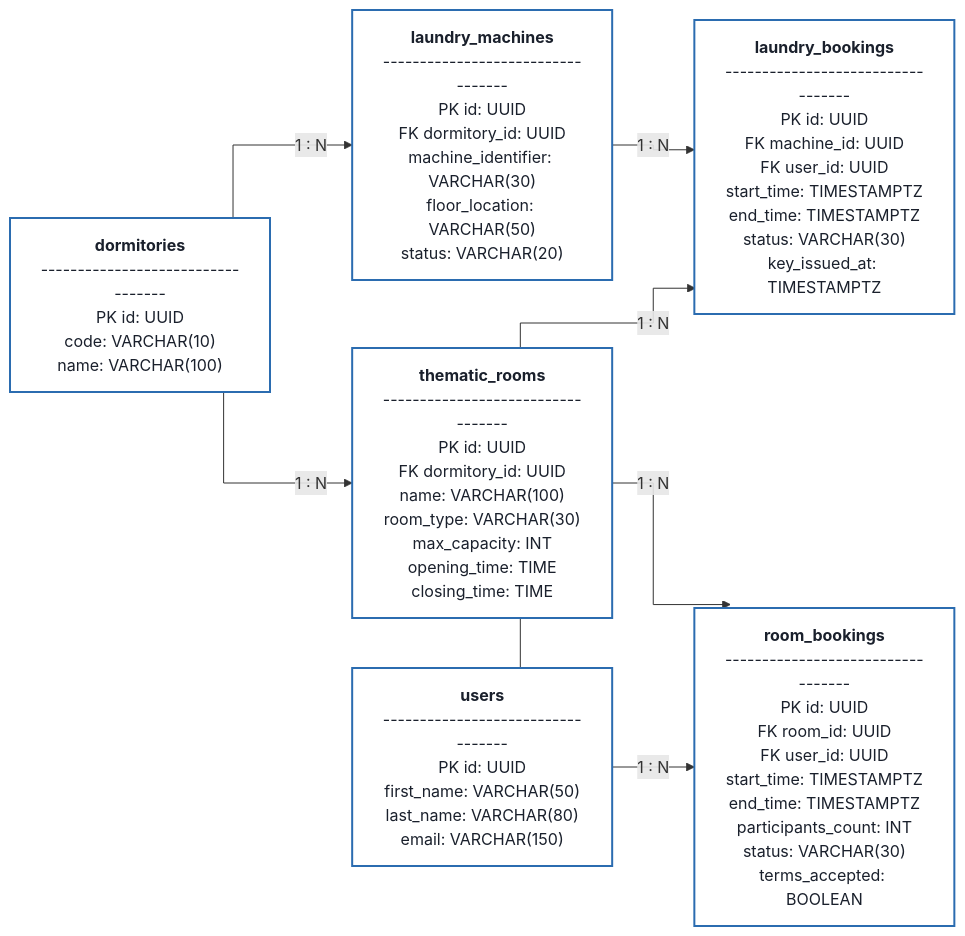
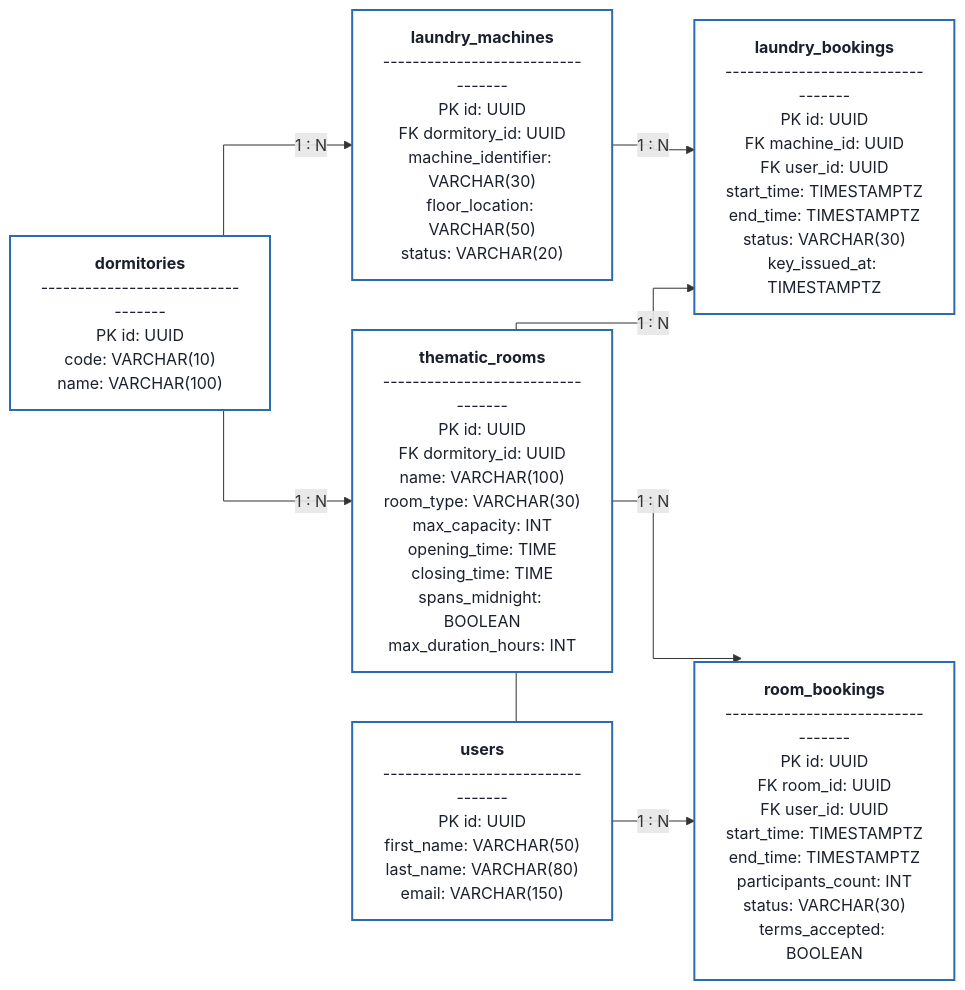
The second of 5 diagrams in Docs/Model_Bazy_Danych_ERD.md (Buczy8/PKampus), drawn with Mermaid before and after one commit. The commit also changed other lines of this file and 1 other file, not shown here.

Commit message:
docs: update ERD and requirements for thematic rooms, adding spans_midnight and max_duration_hours constraints

````diff
--- a/Docs/Model_Bazy_Danych_ERD.md
+++ b/Docs/Model_Bazy_Danych_ERD.md
@@ -56,25 +56,25 @@
 ```mermaid
 %%{init: {'flowchart': {'curve': 'stepBefore'}}}%%
 flowchart LR
     classDef tableStyle fill:#ffffff,stroke:#2b6cb0,stroke-width:2px,color:#1a202c;
 
     DORMITORIES["<b>dormitories</b><br/>----------------------------------<br/>PK id: UUID<br/>code: VARCHAR(10)<br/>name: VARCHAR(100)"]:::tableStyle
 
     LAUNDRY_MACHINES["<b>laundry_machines</b><br/>----------------------------------<br/>PK id: UUID<br/>FK dormitory_id: UUID<br/>machine_identifier: VARCHAR(30)<br/>floor_location: VARCHAR(50)<br/>status: VARCHAR(20)"]:::tableStyle
 
     LAUNDRY_BOOKINGS["<b>laundry_bookings</b><br/>----------------------------------<br/>PK id: UUID<br/>FK machine_id: UUID<br/>FK user_id: UUID<br/>start_time: TIMESTAMPTZ<br/>end_time: TIMESTAMPTZ<br/>status: VARCHAR(30)<br/>key_issued_at: TIMESTAMPTZ"]:::tableStyle
 
-    THEMATIC_ROOMS["<b>thematic_rooms</b><br/>----------------------------------<br/>PK id: UUID<br/>FK dormitory_id: UUID<br/>name: VARCHAR(100)<br/>room_type: VARCHAR(30)<br/>max_capacity: INT<br/>opening_time: TIME<br/>closing_time: TIME"]:::tableStyle
+    THEMATIC_ROOMS["<b>thematic_rooms</b><br/>----------------------------------<br/>PK id: UUID<br/>FK dormitory_id: UUID<br/>name: VARCHAR(100)<br/>room_type: VARCHAR(30)<br/>max_capacity: INT<br/>opening_time: TIME<br/>closing_time: TIME<br/>spans_midnight: BOOLEAN<br/>max_duration_hours: INT"]:::tableStyle
 
     ROOM_BOOKINGS["<b>room_bookings</b><br/>----------------------------------<br/>PK id: UUID<br/>FK room_id: UUID<br/>FK user_id: UUID<br/>start_time: TIMESTAMPTZ<br/>end_time: TIMESTAMPTZ<br/>participants_count: INT<br/>status: VARCHAR(30)<br/>terms_accepted: BOOLEAN"]:::tableStyle
 
     USERS["<b>users</b><br/>----------------------------------<br/>PK id: UUID<br/>first_name: VARCHAR(50)<br/>last_name: VARCHAR(80)<br/>email: VARCHAR(150)"]:::tableStyle
 
     DORMITORIES -->|1 : N| LAUNDRY_MACHINES
     LAUNDRY_MACHINES -->|1 : N| LAUNDRY_BOOKINGS
     USERS -->|1 : N| LAUNDRY_BOOKINGS
 
     DORMITORIES -->|1 : N| THEMATIC_ROOMS
     THEMATIC_ROOMS -->|1 : N| ROOM_BOOKINGS
     USERS -->|1 : N| ROOM_BOOKINGS
 ```
````
